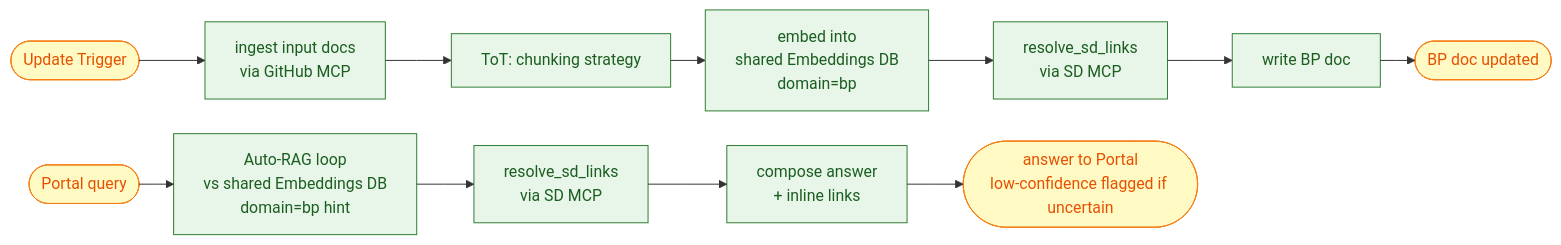
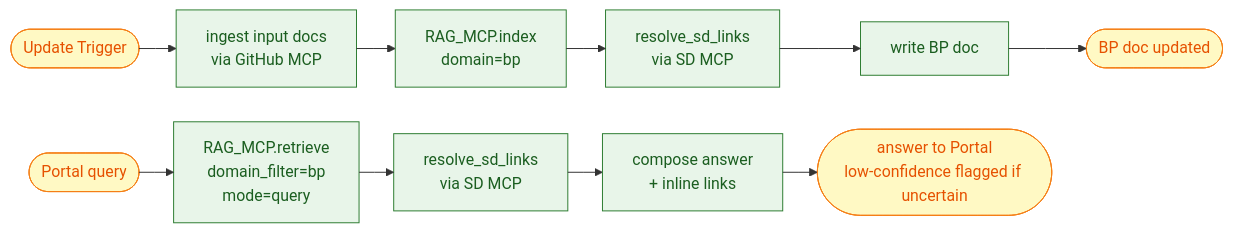
Before and after one commit to kikecorona/agentic-ai-capstone-project: the fourth of 5 diagrams in PROJECT_ARCHITECTURE.md, drawn with Mermaid. The commit also changed other lines of this file and 1 other file, not shown here.

````diff
--- a/PROJECT_ARCHITECTURE.md
+++ b/PROJECT_ARCHITECTURE.md
@@ -637,18 +722,17 @@
 ```mermaid
 %%{init: {'flowchart': {'defaultRenderer': 'elk', 'curve': 'step'}}}%%
 flowchart LR
     Trig([Update Trigger]) --> Ingest[ingest input docs<br/>via GitHub MCP]
-    Port([Portal query]) --> Auto[Auto-RAG loop<br/>vs shared Embeddings DB<br/>domain=bp hint]
-    Ingest --> ToT[ToT: chunking strategy]
-    ToT --> Embed[embed into<br/>shared Embeddings DB<br/>domain=bp]
-    Embed --> XR1[resolve_sd_links<br/>via SD MCP]
+    Port([Portal query]) --> Retrieve[RAG_MCP.retrieve<br/>domain_filter=bp<br/>mode=query]
+    Ingest --> Index[RAG_MCP.index<br/>domain=bp]
+    Index --> XR1[resolve_sd_links<br/>via SD MCP]
     XR1 --> Write[write BP doc]
     Write --> Done([BP doc updated])
-    Auto --> XR2[resolve_sd_links<br/>via SD MCP]
+    Retrieve --> XR2[resolve_sd_links<br/>via SD MCP]
     XR2 --> Compose[compose answer<br/>+ inline links]
     Compose --> Out([answer to Portal<br/>low-confidence flagged if uncertain])
     classDef node fill: #E8F5E9, stroke: #2E7D32, color: #1B5E20
     classDef portal fill: #FFF9C4, stroke: #F57F17, color: #E65100
-    class Ingest,ToT,Embed,XR1,Write,Auto,XR2,Compose node
+    class Ingest,Index,XR1,Write,Retrieve,XR2,Compose node
     class Trig,Port,Done,Out portal
 ```
````
